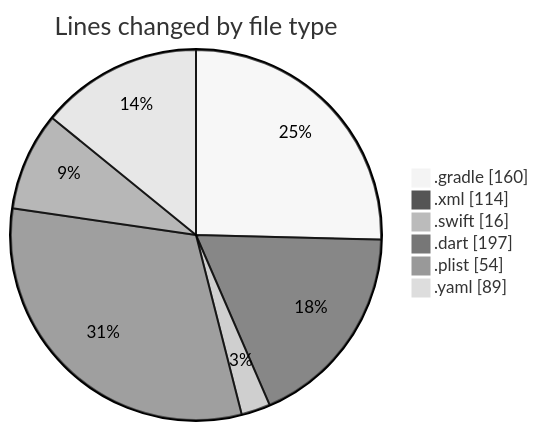
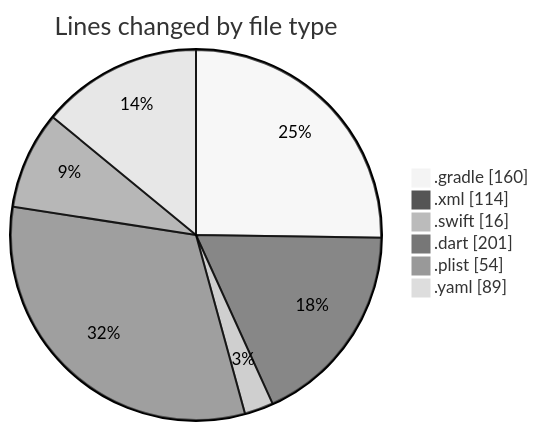
One commit to donsfak/code-tracking changed the first of 2 diagrams in 2025-01-01/uber_clone/README.md. Above: the diagram before and after it, drawn with Mermaid (neutral theme). The commit also changed other lines of this file and 1 other file, not shown here.

````diff
--- a/2025-01-01/uber_clone/README.md
+++ b/2025-01-01/uber_clone/README.md
@@ -28,10 +28,10 @@
 ```mermaid
 pie showData
 title Lines changed by file type
 ".gradle" : 160
 ".xml" : 114
 ".swift" : 16
-".dart" : 197
+".dart" : 201
 ".plist" : 54
 ".yaml" : 89
 ```
````
